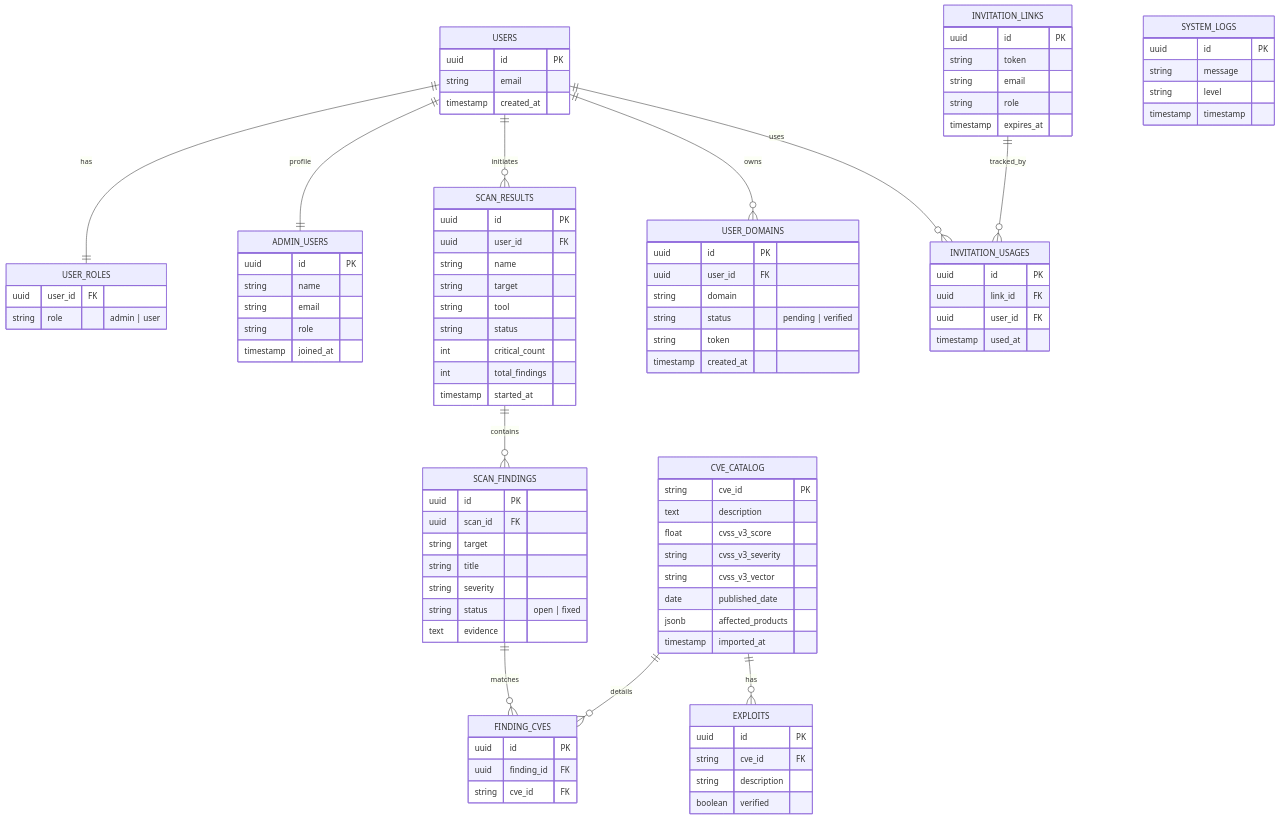
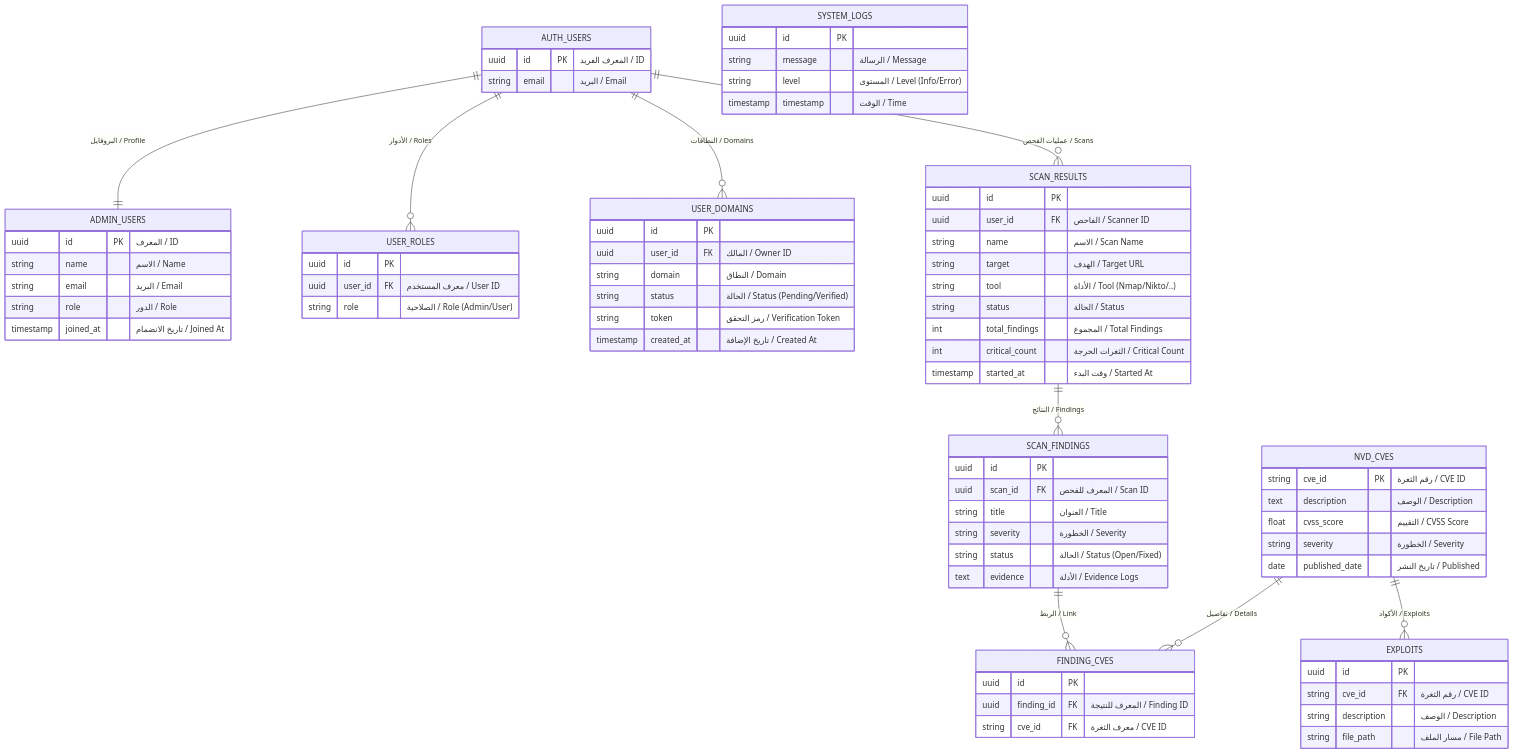
One commit to ghram210/vuln-managerno changed the diagram in erd_diagram.mermaid. Above: the diagram before and after it, drawn with Mermaid. The commit also changed 3 other files, not shown here.

First line of the commit message:
Add ERD and Use Case diagrams (Arabic/English)

```diff
--- a/erd_diagram.mermaid
+++ b/erd_diagram.mermaid
@@ -1,111 +1,91 @@
 erDiagram
-    USERS ||--|| USER_ROLES : "has"
-    USERS ||--|| ADMIN_USERS : "profile"
-    USERS ||--o{ SCAN_RESULTS : "initiates"
-    USERS ||--o{ USER_DOMAINS : "owns"
-    USERS ||--o{ INVITATION_USAGES : "uses"
+    %% Global Stylings
+    %% Note: Mermaid ERD doesn't support complex classDef for nodes yet,
+    %% but we can use comments and standard layout.
 
-    INVITATION_LINKS ||--o{ INVITATION_USAGES : "tracked_by"
+    AUTH_USERS ||--|| ADMIN_USERS : "البروفايل / Profile"
+    AUTH_USERS ||--o{ USER_ROLES : "الأدوار / Roles"
+    AUTH_USERS ||--o{ USER_DOMAINS : "النطاقات / Domains"
+    AUTH_USERS ||--o{ SCAN_RESULTS : "عمليات الفحص / Scans"
 
-    SCAN_RESULTS ||--o{ SCAN_FINDINGS : "contains"
+    SCAN_RESULTS ||--o{ SCAN_FINDINGS : "النتائج / Findings"
+    SCAN_FINDINGS ||--o{ FINDING_CVES : "الربط / Link"
+    NVD_CVES ||--o{ FINDING_CVES : "تفاصيل / Details"
+    NVD_CVES ||--o{ EXPLOITS : "الأكواد / Exploits"
 
-    SCAN_FINDINGS ||--o{ FINDING_CVES : "matches"
-
-    CVE_CATALOG ||--o{ FINDING_CVES : "details"
-    CVE_CATALOG ||--o{ EXPLOITS : "has"
-
-    USERS {
-        uuid id PK
-        string email
-        timestamp created_at
+    AUTH_USERS {
+        uuid id PK "المعرف الفريد / ID"
+        string email "البريد / Email"
     }
 
     ADMIN_USERS {
-        uuid id PK
-        string name
-        string email
-        string role
-        timestamp joined_at
+        uuid id PK "المعرف / ID"
+        string name "الاسم / Name"
+        string email "البريد / Email"
+        string role "الدور / Role"
+        timestamp joined_at "تاريخ الانضمام / Joined At"
     }
 
     USER_ROLES {
-        uuid user_id FK
-        string role "admin | user"
+        uuid id PK
+        uuid user_id FK "معرف المستخدم / User ID"
+        string role "الصلاحية / Role (Admin/User)"
     }
 
     USER_DOMAINS {
         uuid id PK
-        uuid user_id FK
-        string domain
-        string status "pending | verified"
-        string token
-        timestamp created_at
-    }
-
-    INVITATION_LINKS {
-        uuid id PK
-        string token
-        string email
-        string role
-        timestamp expires_at
-    }
-
-    INVITATION_USAGES {
-        uuid id PK
-        uuid link_id FK
-        uuid user_id FK
-        timestamp used_at
+        uuid user_id FK "المالك / Owner ID"
+        string domain "النطاق / Domain"
+        string status "الحالة / Status (Pending/Verified)"
+        string token "رمز التحقق / Verification Token"
+        timestamp created_at "تاريخ الإضافة / Created At"
     }
 
     SCAN_RESULTS {
         uuid id PK
-        uuid user_id FK
-        string name
-        string target
-        string tool
-        string status
-        int critical_count
-        int total_findings
-        timestamp started_at
+        uuid user_id FK "الفاحص / Scanner ID"
+        string name "الاسم / Scan Name"
+        string target "الهدف / Target URL"
+        string tool "الأداة / Tool (Nmap/Nikto/..)"
+        string status "الحالة / Status"
+        int total_findings "المجموع / Total Findings"
+        int critical_count "الثغرات الحرجة / Critical Count"
+        timestamp started_at "وقت البدء / Started At"
     }
 
     SCAN_FINDINGS {
         uuid id PK
-        uuid scan_id FK
-        string target
-        string title
-        string severity
-        string status "open | fixed"
-        text evidence
+        uuid scan_id FK "المعرف للفحص / Scan ID"
+        string title "العنوان / Title"
+        string severity "الخطورة / Severity"
+        string status "الحالة / Status (Open/Fixed)"
+        text evidence "الأدلة / Evidence Logs"
     }
 
     FINDING_CVES {
         uuid id PK
-        uuid finding_id FK
-        string cve_id FK
+        uuid finding_id FK "المعرف للنتيجة / Finding ID"
+        string cve_id FK "معرف الثغرة / CVE ID"
     }
 
-    CVE_CATALOG {
-        string cve_id PK
-        text description
-        float cvss_v3_score
-        string cvss_v3_severity
-        string cvss_v3_vector
-        date published_date
-        jsonb affected_products
-        timestamp imported_at
+    NVD_CVES {
+        string cve_id PK "رقم الثغرة / CVE ID"
+        text description "الوصف / Description"
+        float cvss_score "التقييم / CVSS Score"
+        string severity "الخطورة / Severity"
+        date published_date "تاريخ النشر / Published"
     }
 
     EXPLOITS {
         uuid id PK
-        string cve_id FK
-        string description
-        boolean verified
+        string cve_id FK "رقم الثغرة / CVE ID"
+        string description "الوصف / Description"
+        string file_path "مسار الملف / File Path"
     }
 
     SYSTEM_LOGS {
         uuid id PK
-        string message
-        string level
-        timestamp timestamp
+        string message "الرسالة / Message"
+        string level "المستوى / Level (Info/Error)"
+        timestamp timestamp "الوقت / Time"
     }
```
